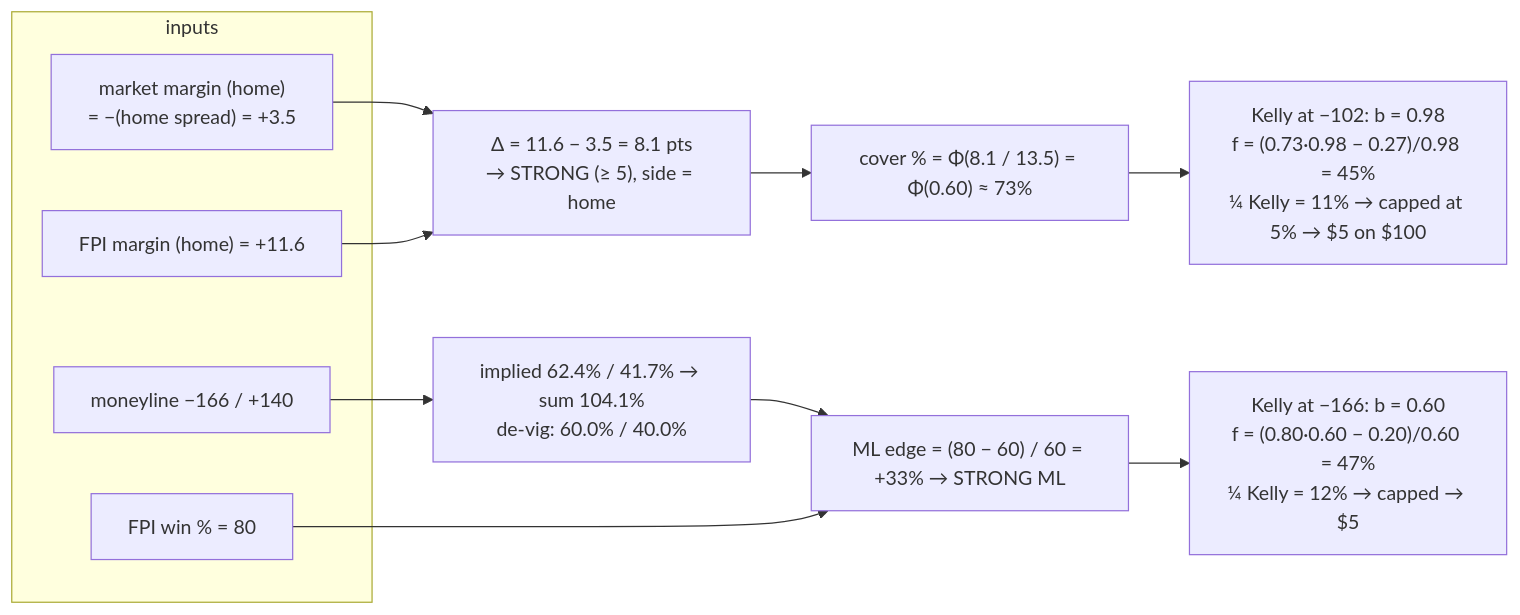
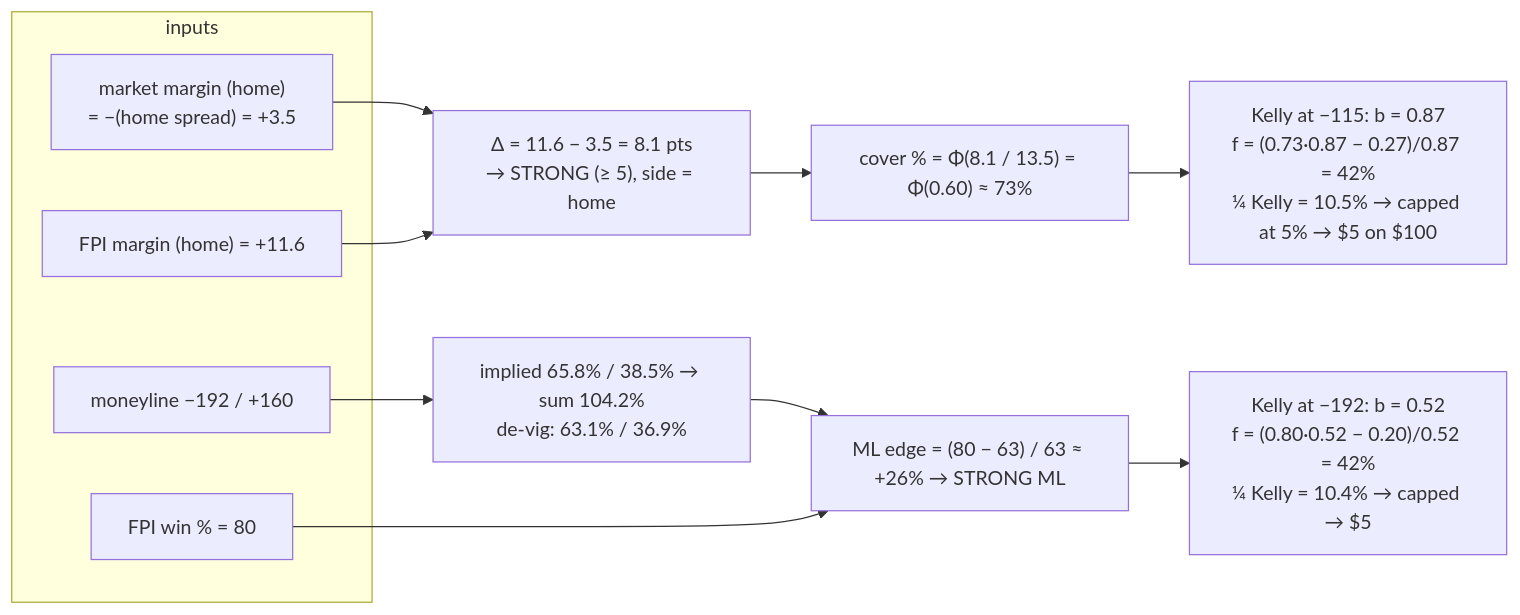
Before and after one commit to wbp318/cfb_2026: the sixth of 12 diagrams in README.md, drawn with Mermaid. The commit also changed other lines of this file, not shown here.

````diff
--- a/README.md
+++ b/README.md
@@ -313,22 +324,22 @@
 ```mermaid
 flowchart LR
     subgraph IN["inputs"]
         MK["market margin (home)
 = −(home spread) = +3.5"]
         FM["FPI margin (home) = +11.6"]
-        ML["moneyline −166 / +140"]
+        ML["moneyline −192 / +160"]
         FP["FPI win % = 80"]
     end
     MK & FM --> D["Δ = 11.6 − 3.5 = 8.1 pts
 → STRONG (≥ 5), side = home"]
     D --> CP["cover % = Φ(8.1 / 13.5) = Φ(0.60) ≈ 73%"]
-    ML --> DV["implied 62.4% / 41.7% → sum 104.1%
-de‑vig: 60.0% / 40.0%"]
-    DV & FP --> E["ML edge = (80 − 60) / 60 = +33% → STRONG ML"]
-    CP --> K1["Kelly at −102: b = 0.98
-f = (0.73·0.98 − 0.27)/0.98 = 45%
-¼ Kelly = 11% → capped at 5% → $5 on $100"]
-    E --> K2["Kelly at −166: b = 0.60
-f = (0.80·0.60 − 0.20)/0.60 = 47%
-¼ Kelly = 12% → capped → $5"]
+    ML --> DV["implied 65.8% / 38.5% → sum 104.2%
+de‑vig: 63.1% / 36.9%"]
+    DV & FP --> E["ML edge = (80 − 63) / 63 ≈ +26% → STRONG ML"]
+    CP --> K1["Kelly at −115: b = 0.87
+f = (0.73·0.87 − 0.27)/0.87 = 42%
+¼ Kelly = 10.5% → capped at 5% → $5 on $100"]
+    E --> K2["Kelly at −192: b = 0.52
+f = (0.80·0.52 − 0.20)/0.52 = 42%
+¼ Kelly = 10.4% → capped → $5"]
 ```
````
